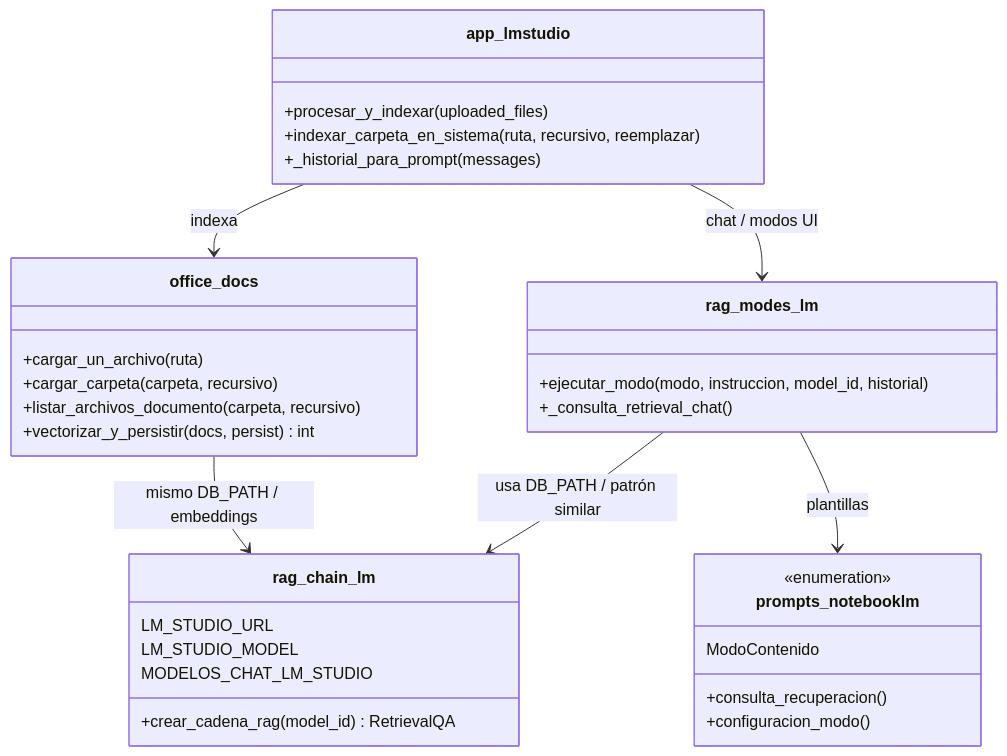
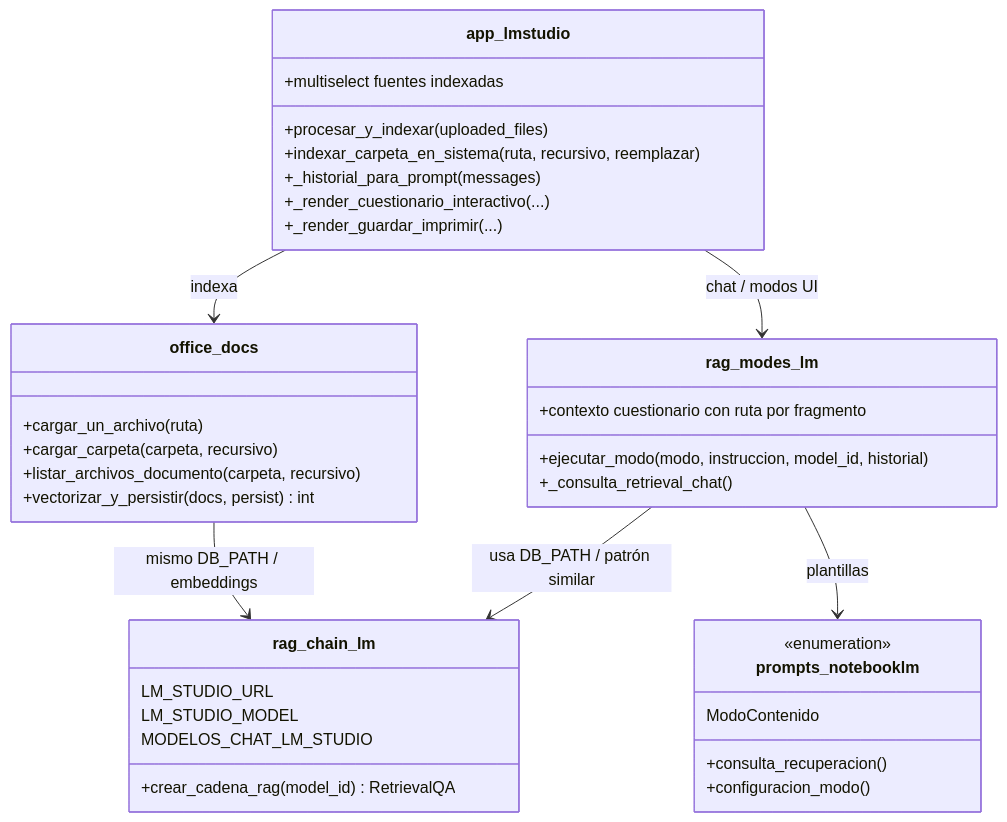
One commit to gracobjo/rag_local_lmstudio changed the seventh of 9 diagrams in docs/DIAGRAMAS_UML_MERMAID.md. Above: the diagram before and after it, drawn with Mermaid. The commit also changed other lines of this file and 15 other files, not shown here.

First line of the commit message:
docs y producto: specs Kiro, diagramas Mermaid, RAG LM Studio

````diff
--- a/docs/DIAGRAMAS_UML_MERMAID.md
+++ b/docs/DIAGRAMAS_UML_MERMAID.md
@@ -134,40 +203,44 @@
 ```mermaid
 classDiagram
     class app_lmstudio {
         +procesar_y_indexar(uploaded_files)
         +indexar_carpeta_en_sistema(ruta, recursivo, reemplazar)
         +_historial_para_prompt(messages)
+        +_render_cuestionario_interactivo(...)
+        +_render_guardar_imprimir(...)
+        +multiselect fuentes indexadas
     }
 
     class office_docs {
         +cargar_un_archivo(ruta)
         +cargar_carpeta(carpeta, recursivo)
         +listar_archivos_documento(carpeta, recursivo)
         +vectorizar_y_persistir(docs, persist) int
     }
 
     class rag_chain_lm {
         +crear_cadena_rag(model_id) RetrievalQA
         LM_STUDIO_URL
         LM_STUDIO_MODEL
         MODELOS_CHAT_LM_STUDIO
     }
 
     class rag_modes_lm {
         +ejecutar_modo(modo, instruccion, model_id, historial)
         +_consulta_retrieval_chat()
+        +contexto cuestionario con ruta por fragmento
     }
 
     class prompts_notebooklm {
         <<enumeration>>
         ModoContenido
         +consulta_recuperacion()
         +configuracion_modo()
     }
 
     app_lmstudio --> office_docs : indexa
     app_lmstudio --> rag_modes_lm : chat / modos UI
     rag_modes_lm --> rag_chain_lm : usa DB_PATH / patrón similar
     rag_modes_lm --> prompts_notebooklm : plantillas
     office_docs --> rag_chain_lm : mismo DB_PATH / embeddings
 ```
````
